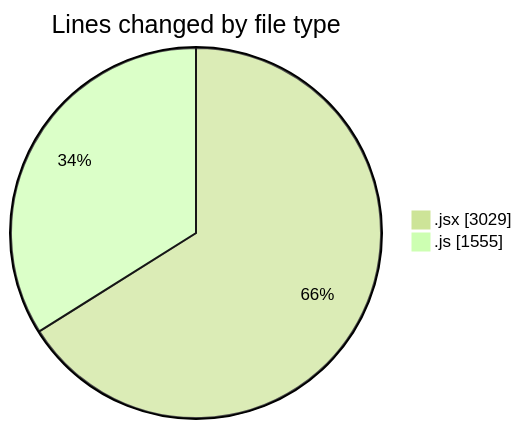
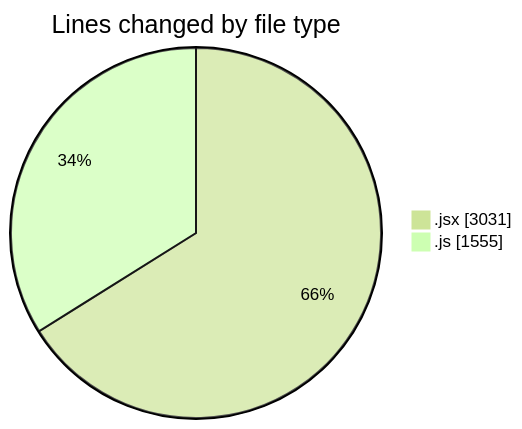
One commit to nxtqubesakshisongat/code-tracking changed the first of 2 diagrams in 2025-07-11/argos/README.md. Above: the diagram before and after it, drawn with Mermaid (forest theme). The commit also changed other lines of this file and 1 other file, not shown here.

````diff
--- a/2025-07-11/argos/README.md
+++ b/2025-07-11/argos/README.md
@@ -26,6 +26,6 @@
 ```mermaid
 pie showData
 title Lines changed by file type
-".jsx" : 3029
+".jsx" : 3031
 ".js" : 1555
 ```
````
